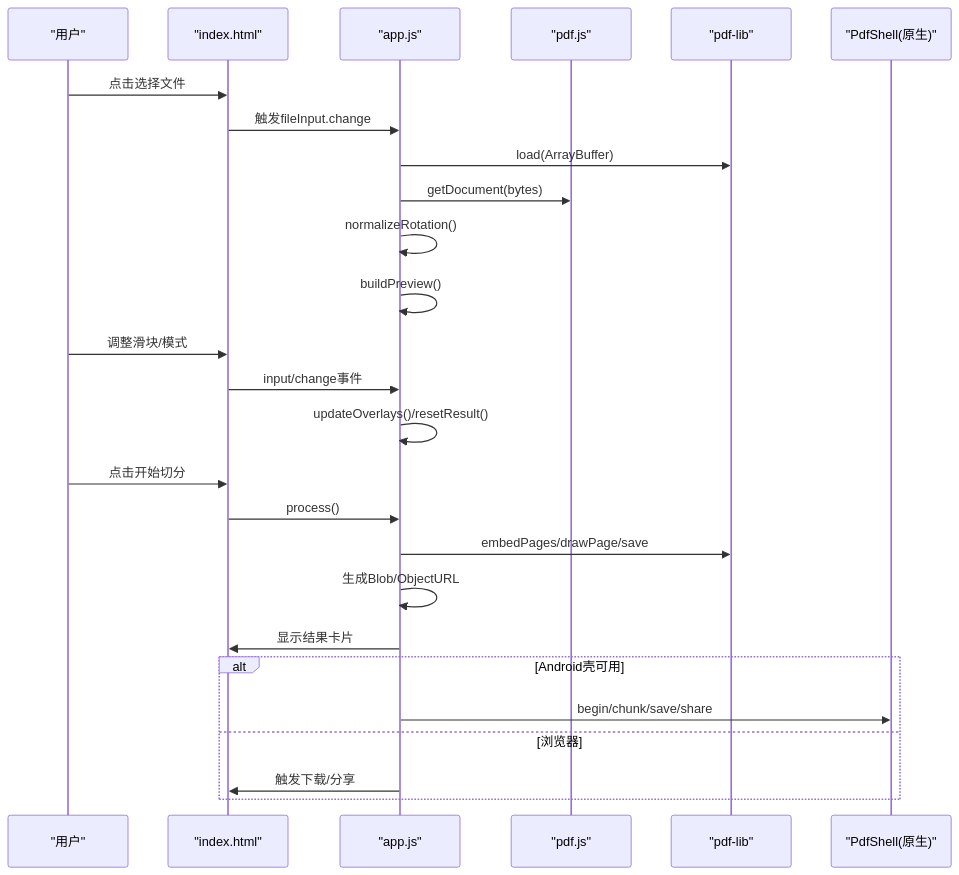
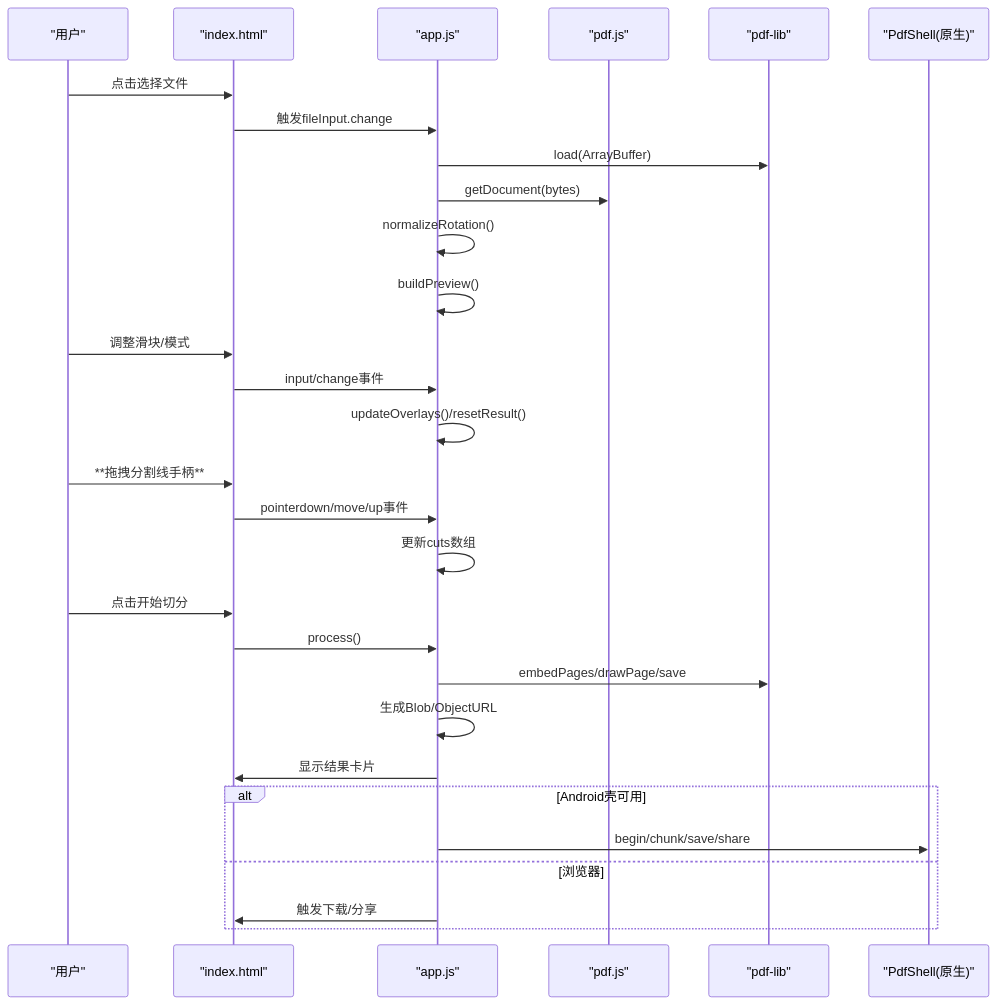
Before and after one commit to wzh8080/PDFTools: the second of 9 diagrams in .qoder/repowiki/zh/content/Web应用架构/UI组件设计.md, drawn with Mermaid. The commit also changed other lines of this file and 29 other files, not shown here.

````diff
--- a/.qoder/repowiki/zh/content/Web应用架构/UI组件设计.md
+++ b/.qoder/repowiki/zh/content/Web应用架构/UI组件设计.md
@@ -77,28 +84,31 @@
 ```mermaid
 sequenceDiagram
 participant U as "用户"
 participant H as "index.html"
 participant J as "app.js"
 participant PJS as "pdf.js"
 participant PLIB as "pdf-lib"
 participant SHELL as "PdfShell(原生)"
 U->>H : 点击选择文件
 H->>J : 触发fileInput.change
 J->>PLIB : load(ArrayBuffer)
 J->>PJS : getDocument(bytes)
 J->>J : normalizeRotation()
 J->>J : buildPreview()
 U->>H : 调整滑块/模式
 H->>J : input/change事件
 J->>J : updateOverlays()/resetResult()
+U->>H : **拖拽分割线手柄**
+H->>J : pointerdown/move/up事件
+J->>J : 更新cuts数组
 U->>H : 点击开始切分
 H->>J : process()
 J->>PLIB : embedPages/drawPage/save
 J->>J : 生成Blob/ObjectURL
 J->>H : 显示结果卡片
 alt Android壳可用
 J->>SHELL : begin/chunk/save/share
 else 浏览器
 J->>H : 触发下载/分享
 end
 ```
````
